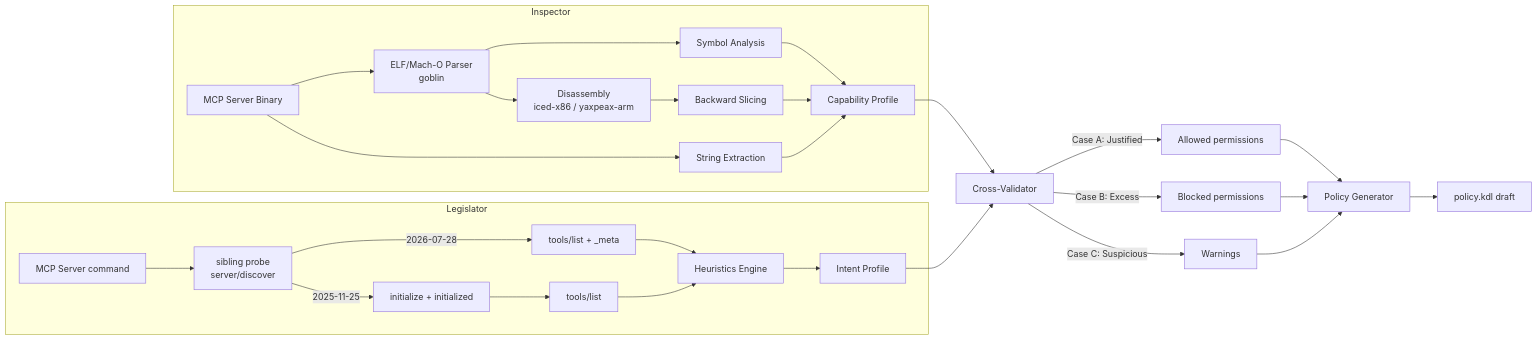
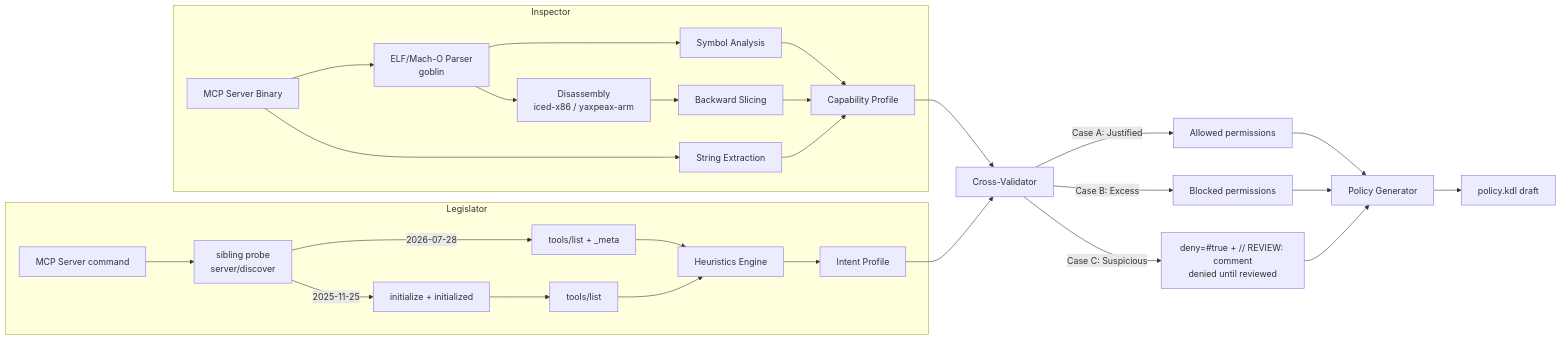
Before and after one commit to strumbyte/mcp-writ: the eighth of 10 diagrams in docs/guide.md, drawn with Mermaid. The commit also changed other lines of this file and 16 other files, not shown here.

````diff
--- a/docs/guide.md
+++ b/docs/guide.md
@@ -538,35 +538,35 @@
 ```mermaid
 flowchart LR
     subgraph Inspector
         B[MCP Server Binary] --> EP[ELF/Mach-O Parser<br/>goblin]
         EP --> SY[Symbol Analysis]
         EP --> DI[Disassembly<br/>iced-x86 / yaxpeax-arm]
         DI --> SL[Backward Slicing]
         SY --> CP[Capability Profile]
         SL --> CP
         B --> ST[String Extraction]
         ST --> CP
     end
 
     subgraph Legislator
         CMD["MCP Server command"] --> PROBE["sibling probe<br/>server/discover"]
         PROBE -->|2026-07-28| TL["tools/list + _meta"]
         PROBE -->|2025-11-25| INIT["initialize + initialized"]
         INIT --> TL2["tools/list"]
         TL --> HE[Heuristics Engine]
         TL2 --> HE
         HE --> IP[Intent Profile]
     end
 
     CP --> XV[Cross-Validator]
     IP --> XV
 
     XV -->|Case A: Justified| AL[Allowed permissions]
     XV -->|Case B: Excess| BL[Blocked permissions]
-    XV -->|Case C: Suspicious| WA[Warnings]
+    XV -->|Case C: Suspicious| WA["deny=#true + // REVIEW: comment<br/>denied until reviewed"]
 
     AL --> PG[Policy Generator]
     BL --> PG
     WA --> PG
     PG --> PT[policy.kdl draft]
 ```
````
